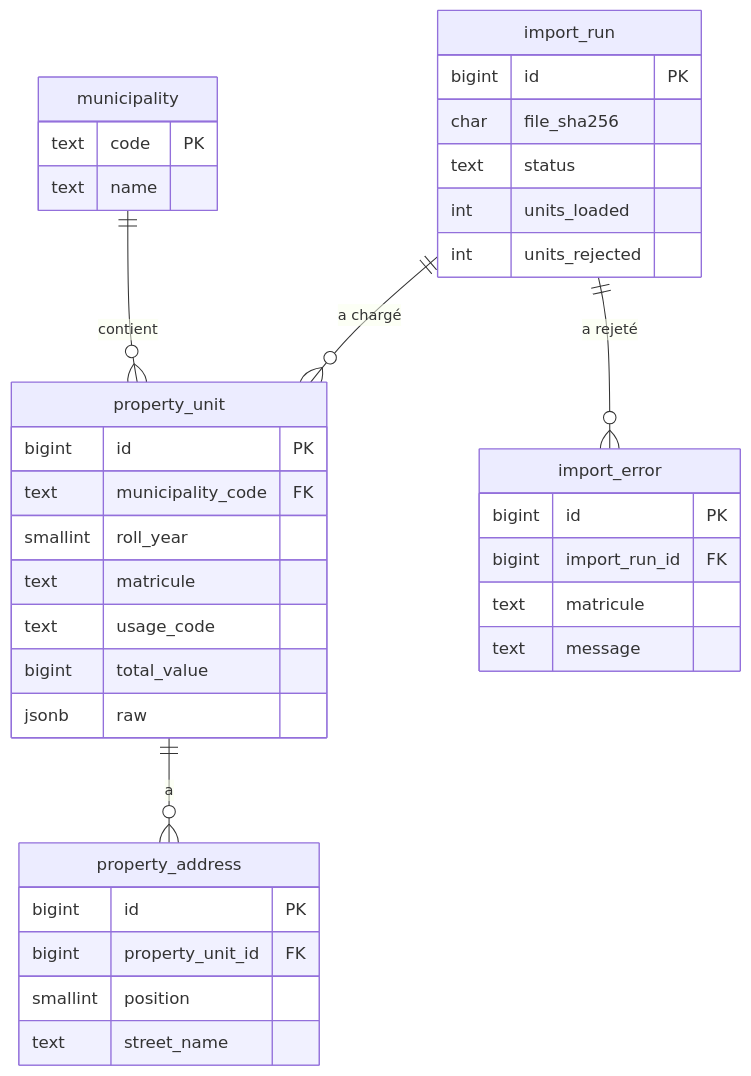
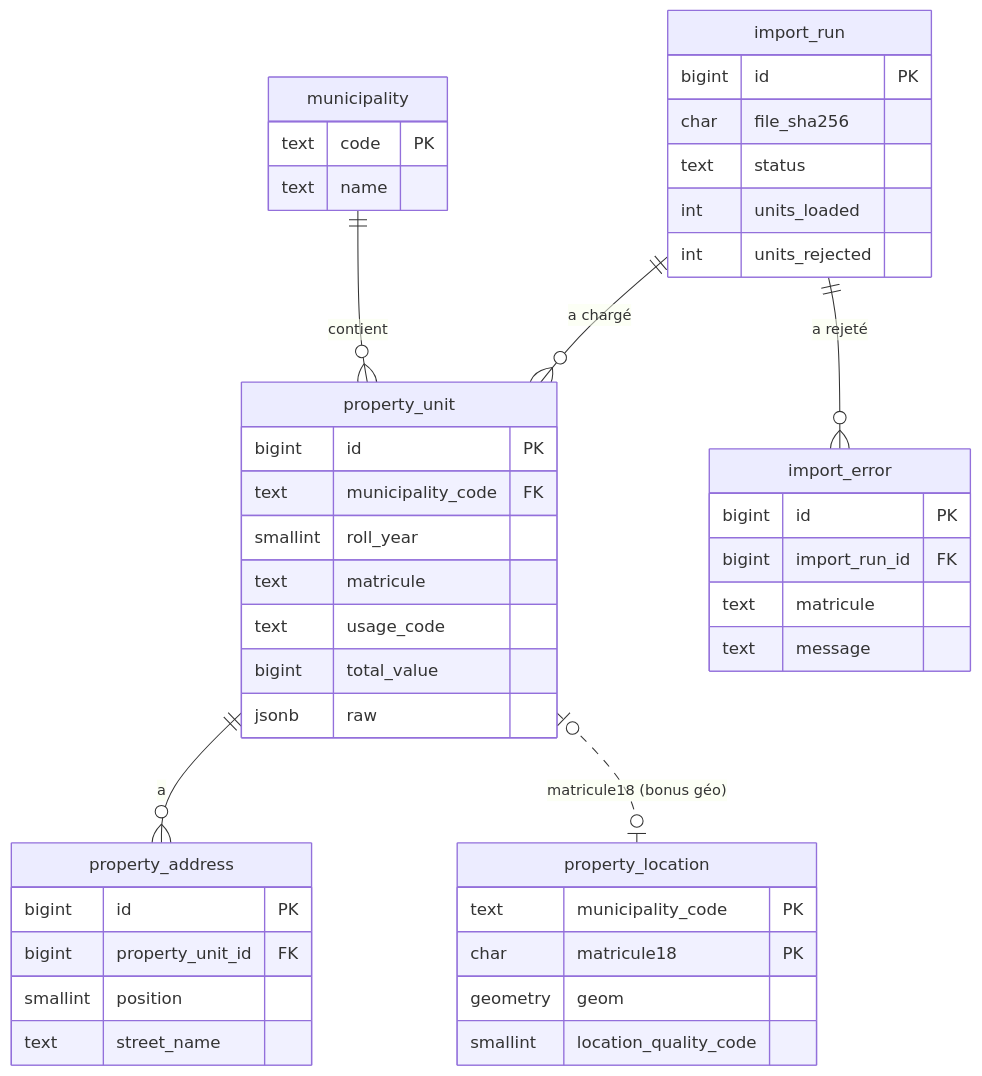
One commit to yassinedarweziRed/quebec-property-roll-importer changed the diagram in docs/analyse.md. Above: the diagram before and after it, drawn with Mermaid. The commit also changed other lines of this file and 1 other file, not shown here.

First line of the commit message:
docs: document the geolocation bonus

````diff
--- a/docs/analyse.md
+++ b/docs/analyse.md
@@ -88,40 +88,47 @@
 ```mermaid
 erDiagram
   municipality  ||--o{ property_unit    : "contient"
   import_run    ||--o{ property_unit    : "a chargé"
   import_run    ||--o{ import_error     : "a rejeté"
   property_unit ||--o{ property_address : "a"
+  property_unit |o..o| property_location : "matricule18 (bonus géo)"
 
   municipality {
     text code PK
     text name
   }
   property_unit {
     bigint id PK
     text municipality_code FK
     smallint roll_year
     text matricule
     text usage_code
     bigint total_value
     jsonb raw
   }
   property_address {
     bigint id PK
     bigint property_unit_id FK
     smallint position
     text street_name
   }
+  property_location {
+    text municipality_code PK
+    char matricule18 PK
+    geometry geom
+    smallint location_quality_code
+  }
   import_run {
     bigint id PK
     char file_sha256
     text status
     int units_loaded
     int units_rejected
   }
   import_error {
     bigint id PK
     bigint import_run_id FK
     text matricule
     text message
   }
 ```
````
